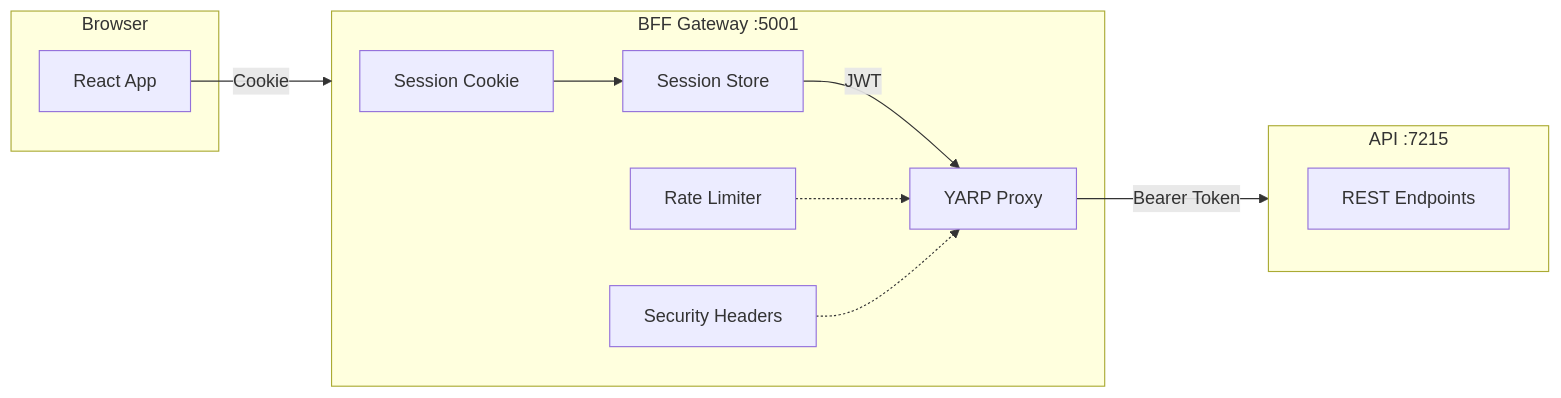
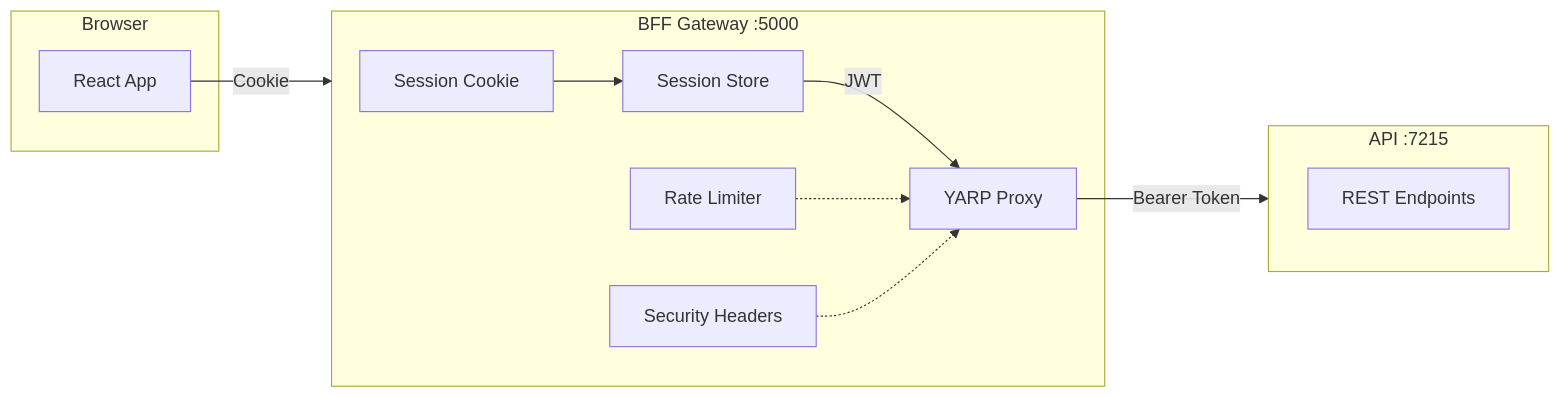
One commit to Gurgant/azurebank-v2 changed the first of 3 diagrams in backend/src/AzureBank.Bff/README.md. Above: the diagram before and after it, drawn with Mermaid. The commit also changed other lines of this file and 30 other files, not shown here.

````diff
--- a/backend/src/AzureBank.Bff/README.md
+++ b/backend/src/AzureBank.Bff/README.md
@@ -37,25 +37,25 @@
 ```mermaid
 flowchart LR
     subgraph Client["Browser"]
         App["React App"]
     end
 
-    subgraph BFF["BFF Gateway :5001"]
+    subgraph BFF["BFF Gateway :5000"]
         Cookie["Session Cookie"]
         Session["Session Store"]
         YARP["YARP Proxy"]
         RateLimit["Rate Limiter"]
         SecHeaders["Security Headers"]
     end
 
     subgraph API["API :7215"]
         Endpoints["REST Endpoints"]
     end
 
     App -->|"Cookie"| BFF
     Cookie --> Session
     Session -->|"JWT"| YARP
     YARP -->|"Bearer Token"| API
     RateLimit -.-> YARP
     SecHeaders -.-> YARP
 ```
````
